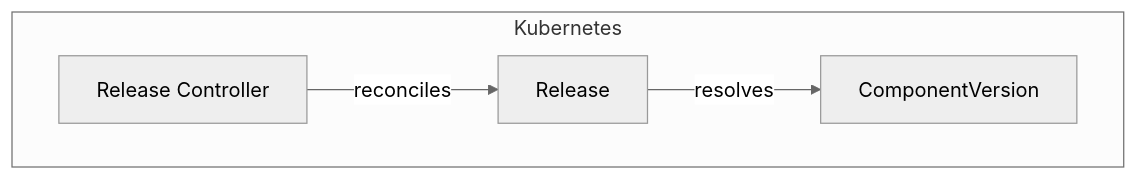
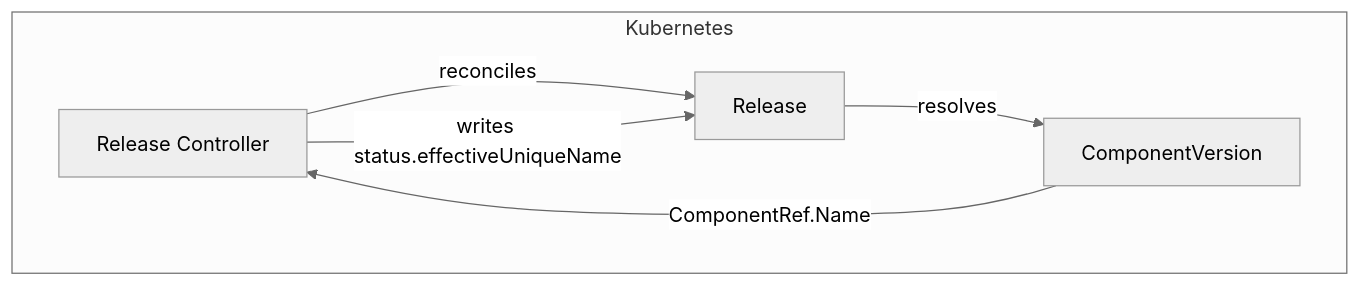
Before and after one commit to opendefensecloud/solution-arsenal: the first of 3 diagrams in docs/developer-guide/release_controller.md, drawn with Mermaid (neutral theme). The commit also changed other lines of this file and 4 other files, not shown here.

````diff
--- a/docs/developer-guide/release_controller.md
+++ b/docs/developer-guide/release_controller.md
@@ -11,11 +13,13 @@
 ```mermaid
 flowchart TD
     subgraph Kubernetes
         Ctrl[Release Controller]
         Rel[Release]
         CV[ComponentVersion]
     end
 
     Ctrl -->|reconciles| Rel
     Rel -->|resolves| CV
+    CV -->|ComponentRef.Name| Ctrl
+    Ctrl -->|writes status.effectiveUniqueName| Rel
 ```
````
